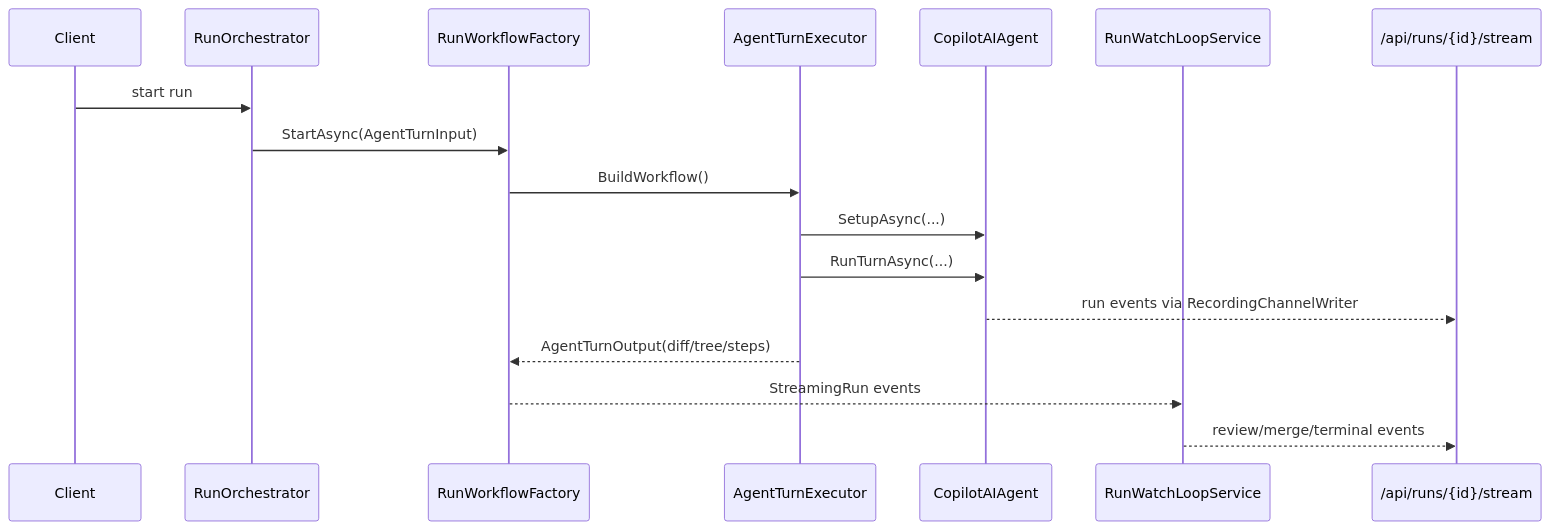
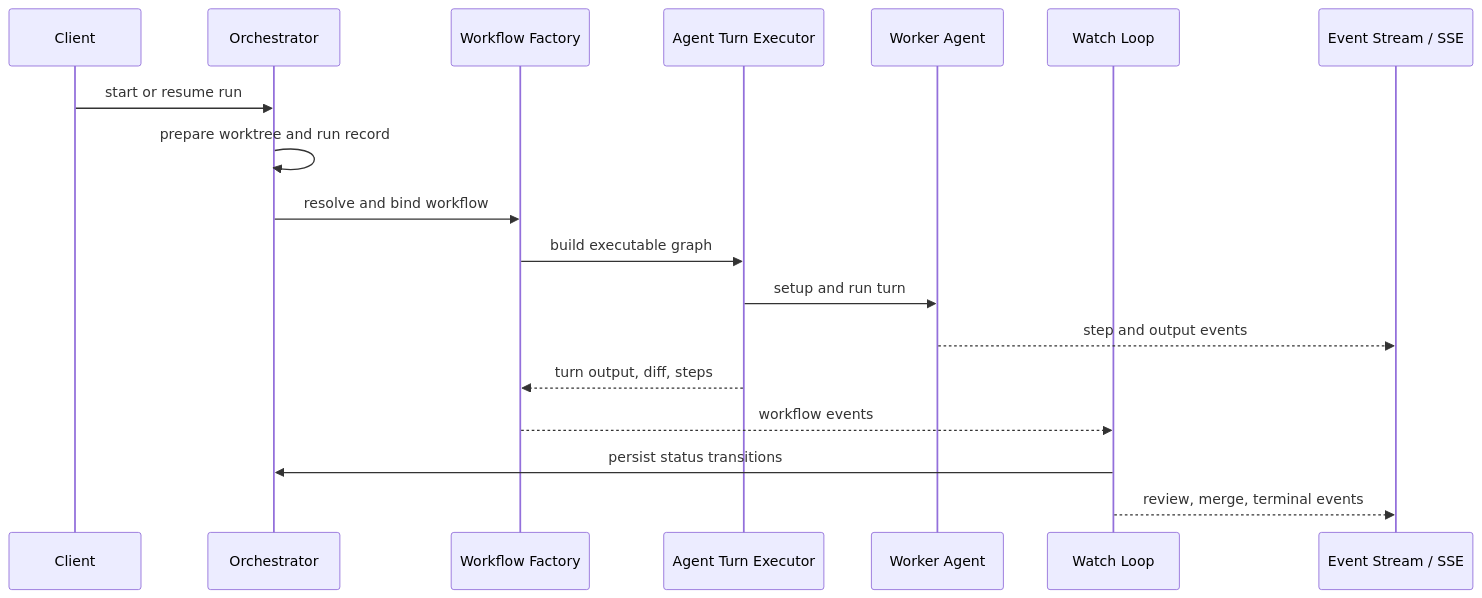
Before and after one commit to sabbour/agentweaver: the ninth of 14 diagrams in docs/deep-dive/orchestration.md, drawn with Mermaid. The commit also changed other lines of this file and 12 other files, not shown here.

````diff
--- a/docs/deep-dive/orchestration.md
+++ b/docs/deep-dive/orchestration.md
@@ -130,20 +353,21 @@
 ```mermaid
 sequenceDiagram
     participant Client
-    participant Orchestrator as RunOrchestrator
-    participant Factory as RunWorkflowFactory
-    participant Exec as AgentTurnExecutor
-    participant Agent as CopilotAIAgent
-    participant Watch as RunWatchLoopService
-    participant SSE as /api/runs/{id}/stream
+    participant Orchestrator
+    participant Factory as Workflow Factory
+    participant Executor as Agent Turn Executor
+    participant Agent as Worker Agent
+    participant Watch as Watch Loop
+    participant Stream as Event Stream / SSE
 
-    Client->>Orchestrator: start run
-    Orchestrator->>Factory: StartAsync(AgentTurnInput)
-    Factory->>Exec: BuildWorkflow()
-    Exec->>Agent: SetupAsync(...)
-    Exec->>Agent: RunTurnAsync(...)
-    Agent-->>SSE: run events via RecordingChannelWriter
-    Exec-->>Factory: AgentTurnOutput(diff/tree/steps)
-    Factory-->>Watch: StreamingRun events
-    Watch-->>SSE: review/merge/terminal events
+    Client->>Orchestrator: start or resume run
+    Orchestrator->>Orchestrator: prepare worktree and run record
+    Orchestrator->>Factory: resolve and bind workflow
+    Factory->>Executor: build executable graph
+    Executor->>Agent: setup and run turn
+    Agent-->>Stream: step and output events
+    Executor-->>Factory: turn output, diff, steps
+    Factory-->>Watch: workflow events
+    Watch->>Orchestrator: persist status transitions
+    Watch-->>Stream: review, merge, terminal events
 ```
````
